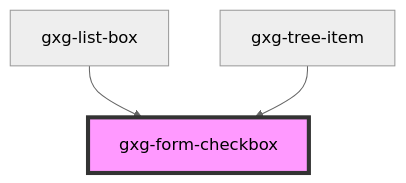
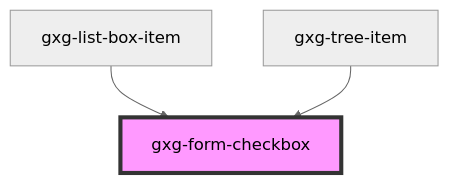
Before and after one commit to genexuslabs/gemini: the diagram in src/components/form-checkbox/readme.md, drawn with Mermaid (neutral theme). The commit also changed other lines of this file and 7 other files, not shown here.

````diff
--- a/src/components/form-checkbox/readme.md
+++ b/src/components/form-checkbox/readme.md
@@ -42,6 +42,6 @@
 ```mermaid
 graph TD;
-  gxg-list-box --> gxg-form-checkbox
+  gxg-list-box-item --> gxg-form-checkbox
   gxg-tree-item --> gxg-form-checkbox
   style gxg-form-checkbox fill:#f9f,stroke:#333,stroke-width:4px
 ```
````
